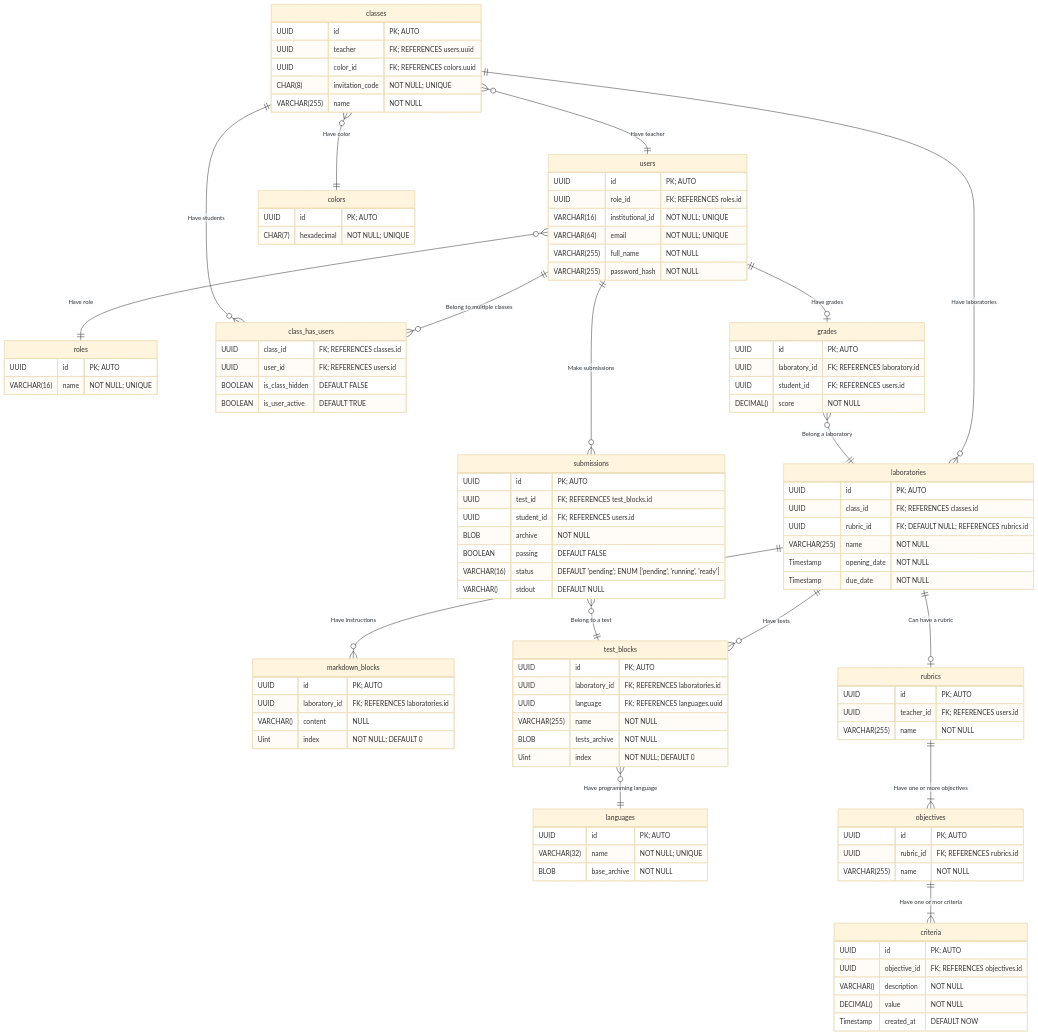
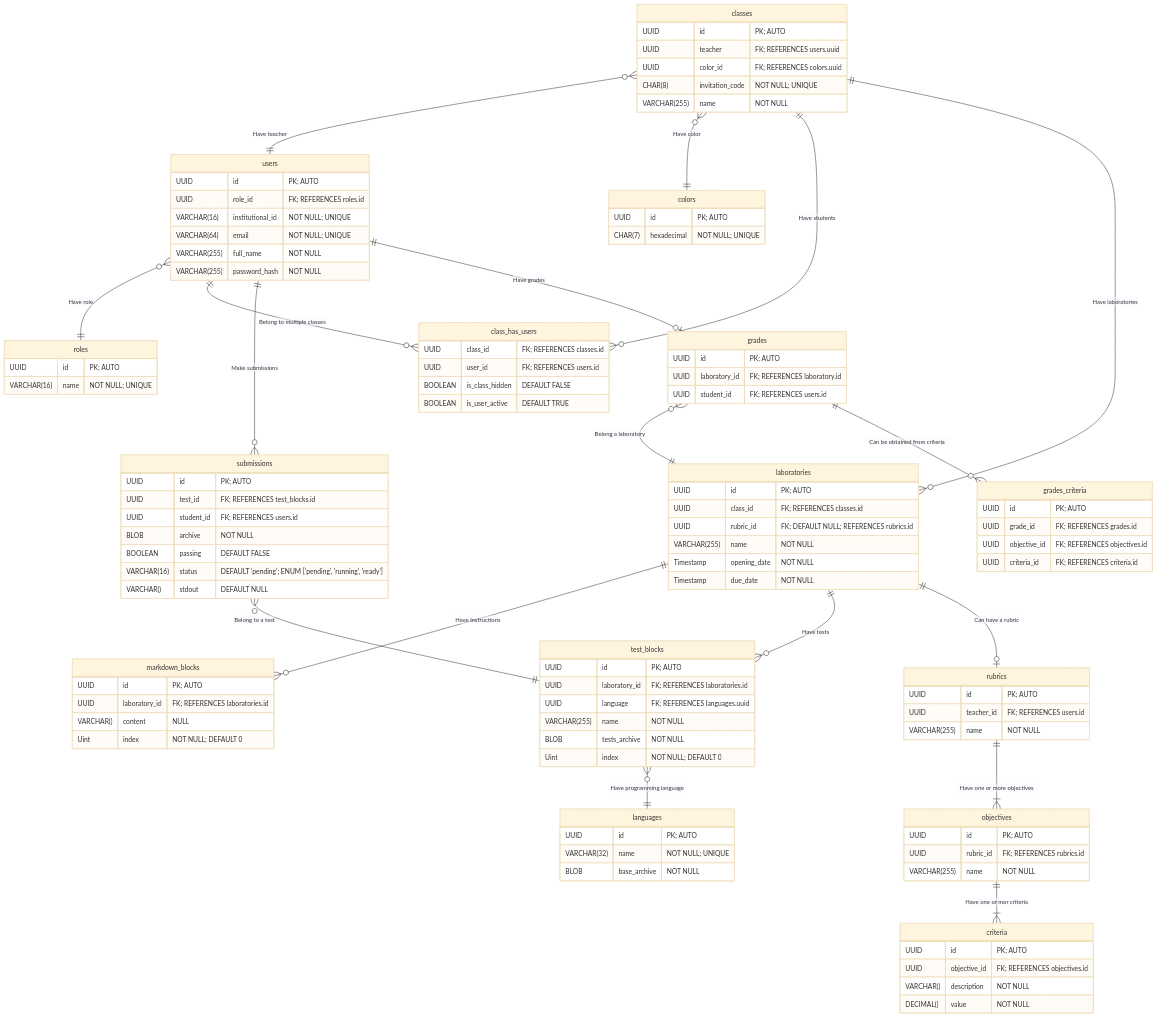
The diagram in database/diagram.md (upb-code-labs/docs), drawn with Mermaid (base theme) before and after one commit. The commit also changed other lines of this file, not shown here.

Commit message:
docs(db): Update ER to only allow grading using rubrics

````diff
--- a/database/diagram.md
+++ b/database/diagram.md
@@ -16,6 +16,7 @@
     laboratories ||--o{ test_blocks:        "Have tests"
     laboratories ||--o|	rubrics:            "Can have a rubric"
     grades }o--|| laboratories:             "Belong a laboratory"
+    grades ||--o{ grades_criteria:          "Can be obtained from criteria"
 
 
     test_blocks  }o--|| languages:      "Have programming language"
@@ -116,13 +117,18 @@
         UUID                objective_id    "FK; REFERENCES objectives.id"
         VARCHAR()           description     "NOT NULL"
         DECIMAL()           value           "NOT NULL"
-        Timestamp   created_at      "DEFAULT NOW"
     }
 
     grades {
         UUID        id                  "PK; AUTO"
         UUID        laboratory_id       "FK; REFERENCES laboratory.id"
         UUID        student_id          "FK; REFERENCES users.id"
-        DECIMAL()   score               "NOT NULL"
+    }
+
+    grades_criteria {
+        UUID        id               "PK; AUTO"
+        UUID        grade_id        "FK; REFERENCES grades.id"
+        UUID        objective_id    "FK; REFERENCES objectives.id"
+        UUID        criteria_id     "FK; REFERENCES criteria.id"
     }
 ```
````
